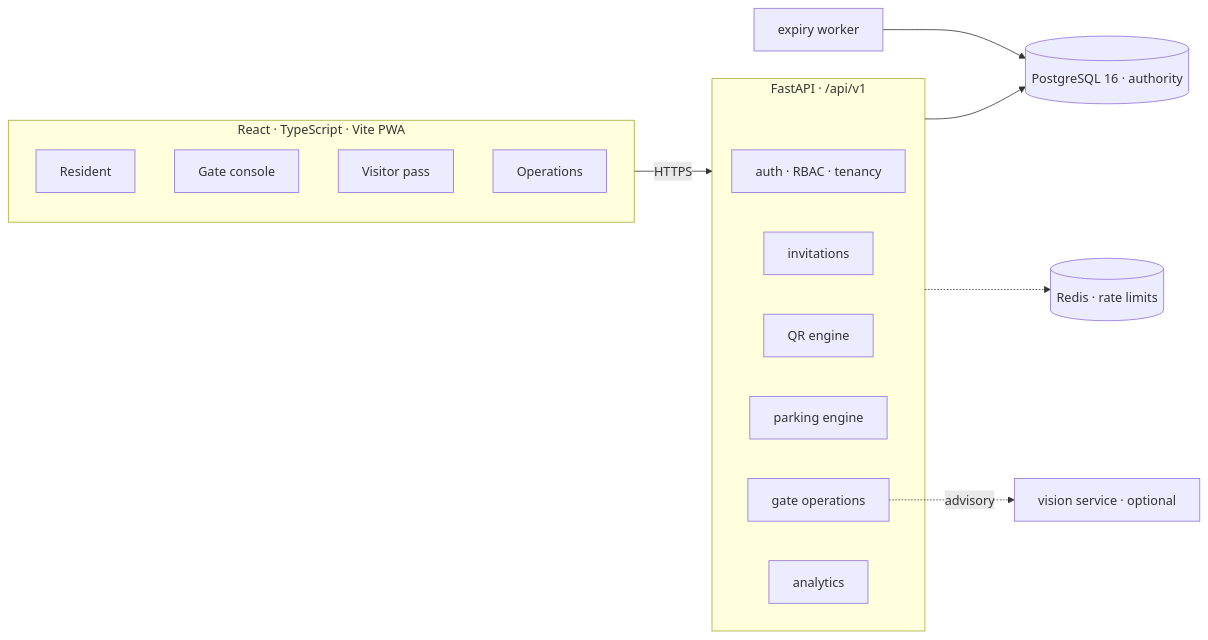
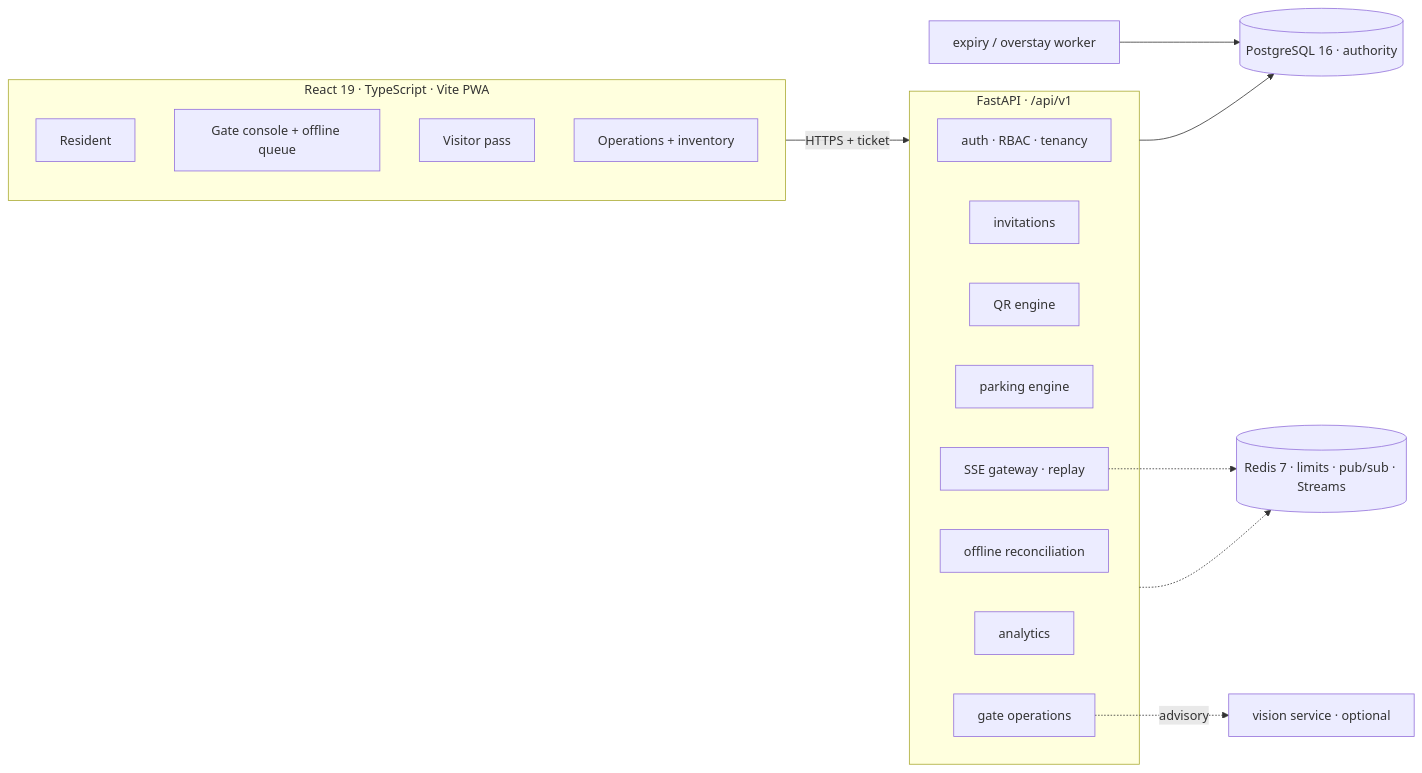
The first of 2 diagrams in README.md (officialarghya29/ParkVanta), drawn with Mermaid before and after one commit. The commit also changed other lines of this file and 40 other files, not shown here.

First line of the commit message:
Add offline gate reconciliation, SSE replay and release evidence

````diff
--- a/README.md
+++ b/README.md
@@ -81,29 +115,32 @@
 ```mermaid
 flowchart LR
-    subgraph Client["React · TypeScript · Vite PWA"]
+    subgraph Client["React 19 · TypeScript · Vite PWA"]
         R["Resident"]
-        G["Gate console"]
+        G["Gate console + offline queue"]
         V["Visitor pass"]
-        A["Operations"]
+        A["Operations + inventory"]
     end
 
     subgraph API["FastAPI · /api/v1"]
         AUTH["auth · RBAC · tenancy"]
         INV["invitations"]
         QRE["QR engine"]
         PARK["parking engine"]
         GATE["gate operations"]
+        OFF["offline reconciliation"]
         AN["analytics"]
+        EV["SSE gateway · replay"]
     end
 
     PG[("PostgreSQL 16 · authority")]
-    RD[("Redis · rate limits")]
-    W["expiry worker"]
+    RD[("Redis 7 · limits · pub/sub · Streams")]
+    W["expiry / overstay worker"]
     VIS["vision service · optional"]
 
-    Client -->|HTTPS| API
+    Client -->|HTTPS + ticket| API
     API --> PG
     API -.-> RD
+    EV -.-> RD
     W --> PG
     GATE -.->|advisory| VIS
 ```
````
